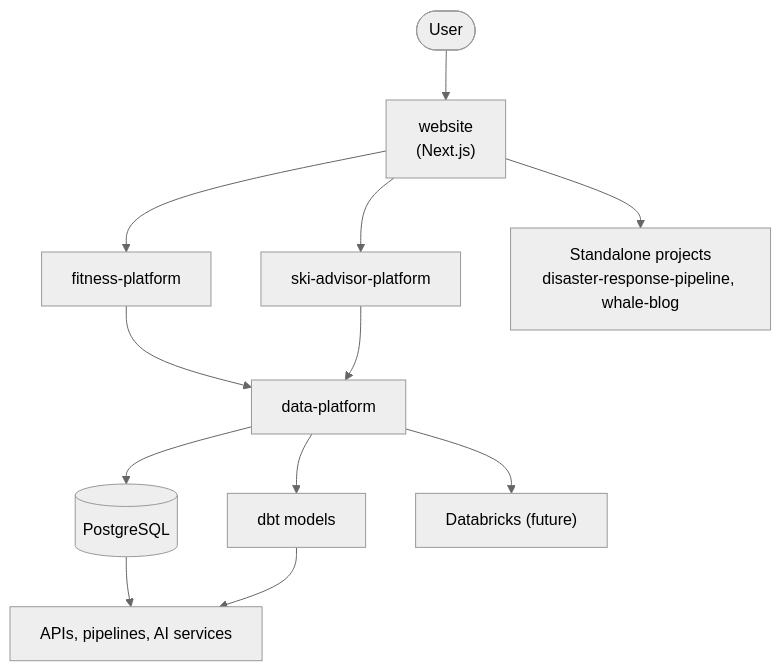
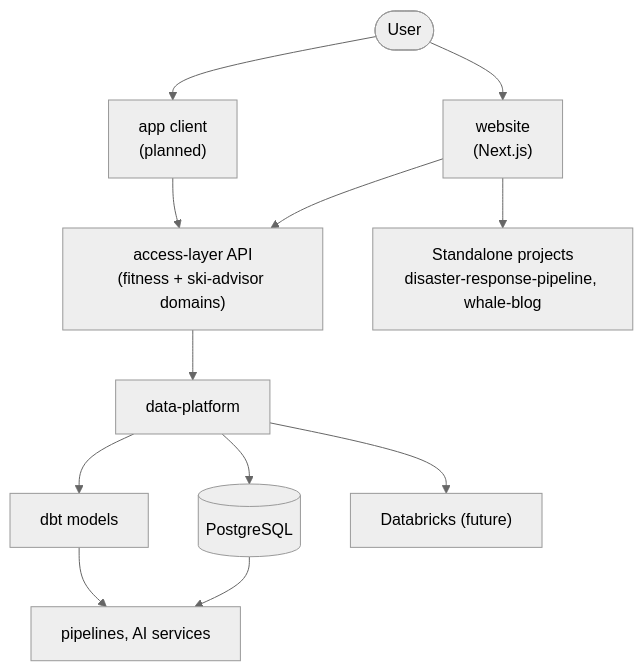
One commit to wm6000/website changed the diagram in docs/diagrams/system.md. Above: the diagram before and after it, drawn with Mermaid (neutral theme). The commit also changed 1 other file, not shown here.

Commit message:
docs: add access-layer API to system architecture diagram
Introduces a single shared access-layer API in front of data-platform
so multiple clients (website, a future app) can reuse the same data
access and business logic instead of each platform app running its
own FastAPI service.

Closes #32

````diff
--- a/docs/diagrams/system.md
+++ b/docs/diagrams/system.md
@@ -5,19 +5,22 @@
 ```mermaid
+---
+id: 9860b5e8-37de-4822-b15d-1789ced92d98
+---
 flowchart TD
     User(["User"])
     User --> Website["website<br/>(Next.js)"]
+    User --> App["app client<br/>(planned)"]
 
-    Website --> Fitness["fitness-platform"]
-    Website --> Ski["ski-advisor-platform"]
+    Website --> AccessLayer["access-layer API<br/>(fitness + ski-advisor domains)"]
+    App --> AccessLayer
     Website --> Projects["Standalone projects<br/>disaster-response-pipeline, whale-blog"]
 
-    Fitness --> DataPlatform["data-platform"]
-    Ski --> DataPlatform
+    AccessLayer --> DataPlatform["data-platform"]
 
     DataPlatform --> Postgres[("PostgreSQL")]
     DataPlatform --> Dbt["dbt models"]
     DataPlatform --> Databricks["Databricks (future)"]
 
-    Postgres --> Services["APIs, pipelines, AI services"]
+    Postgres --> Services["pipelines, AI services"]
     Dbt --> Services
 ```
````
